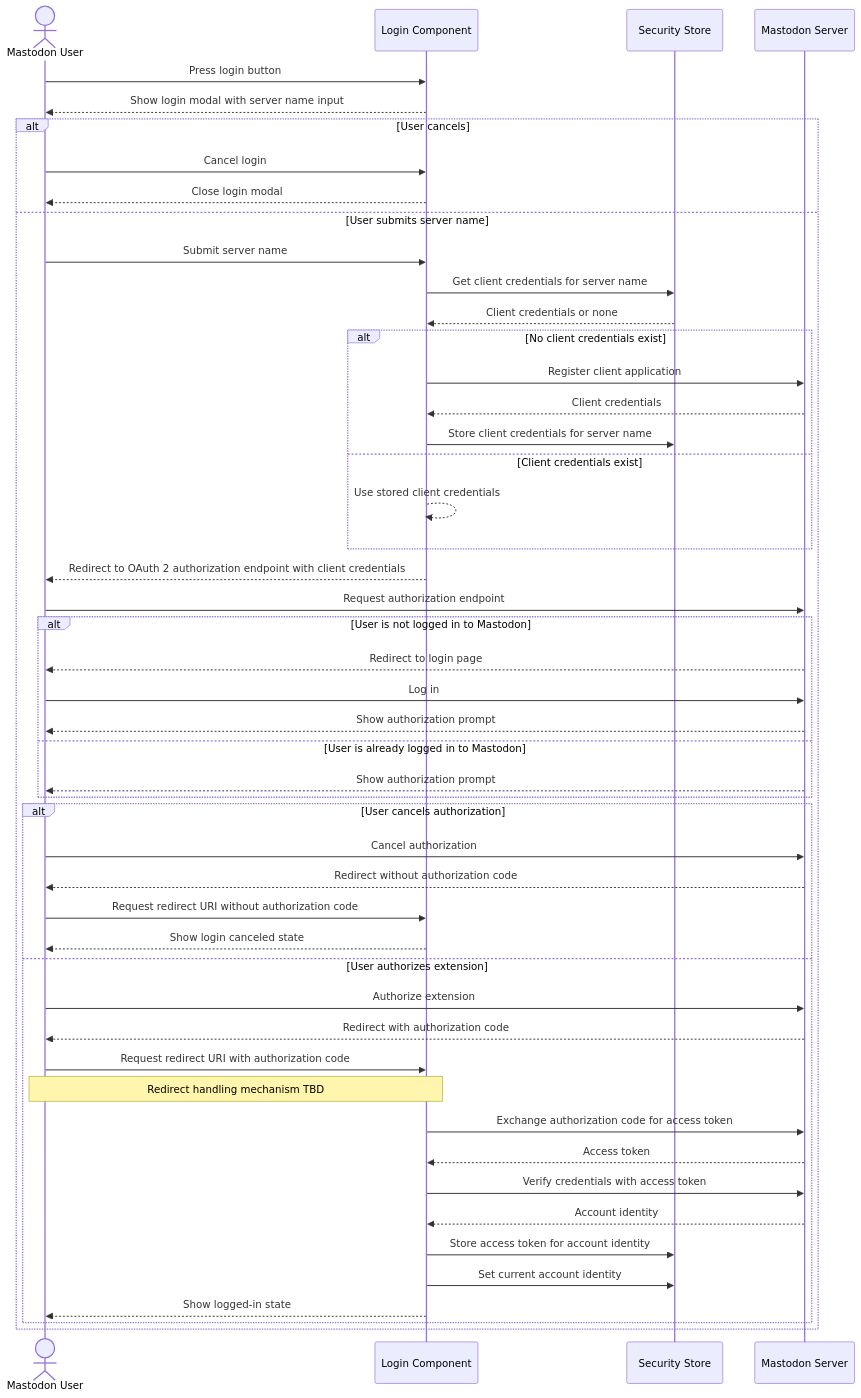
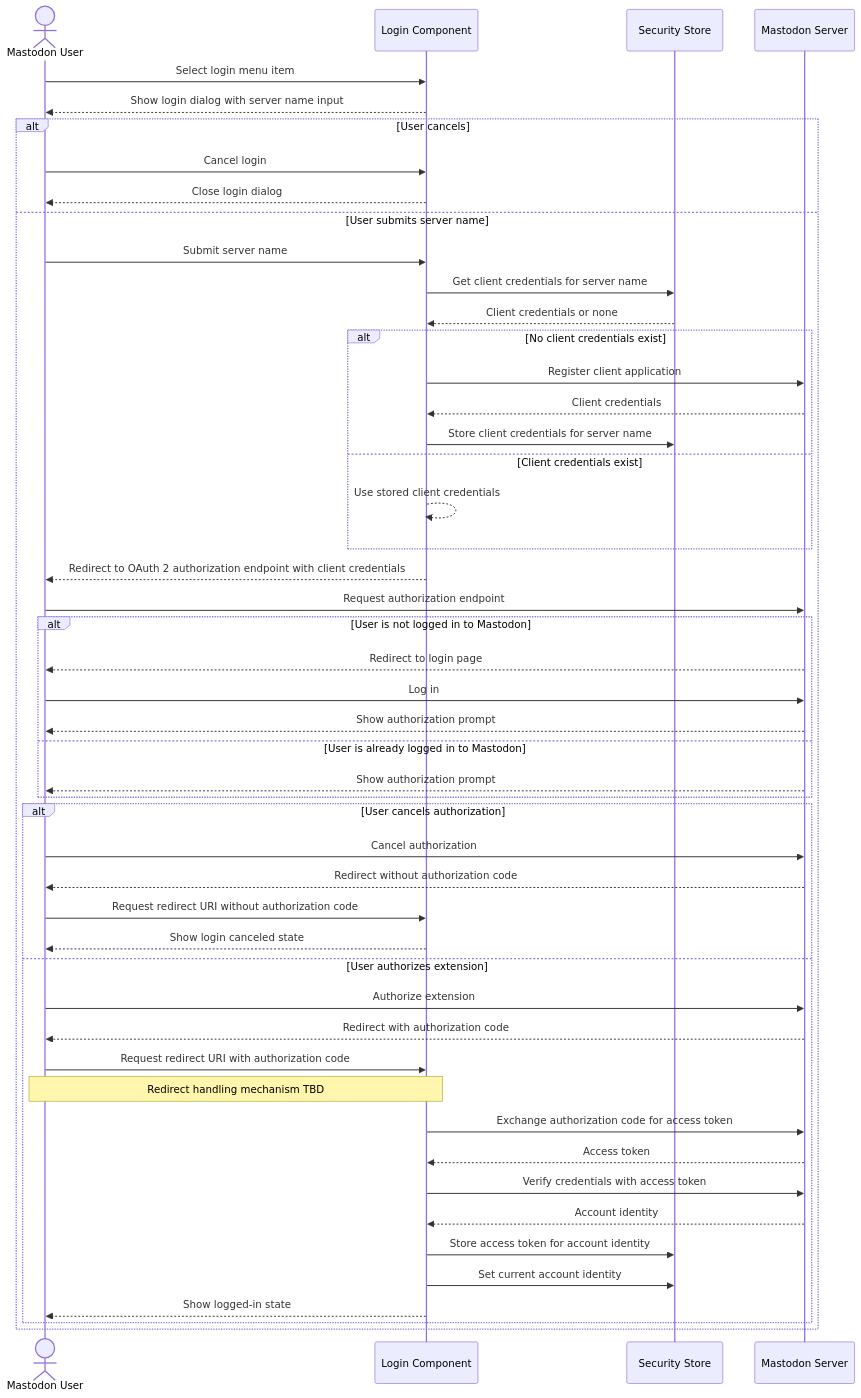
Before and after one commit to social-web-foundation/activitypub-browser-extension: the first of 6 diagrams in docs/architecture/process.md, drawn with Mermaid. The commit also changed other lines of this file and 2 other files, not shown here.

Commit message:
doc: deployment diagram for physical view

````diff
--- a/docs/architecture/process.md
+++ b/docs/architecture/process.md
@@ -5,57 +5,57 @@
 ```mermaid
 sequenceDiagram
     actor User as Mastodon User
     participant Login as Login Component
     participant Security as Security Store
     participant Mastodon as Mastodon Server
 
-    User->>Login: Press login button
-    Login-->>User: Show login modal with server name input
+    User->>Login: Select login menu item
+    Login-->>User: Show login dialog with server name input
 
     alt User cancels
         User->>Login: Cancel login
-        Login-->>User: Close login modal
+        Login-->>User: Close login dialog
     else User submits server name
         User->>Login: Submit server name
         Login->>Security: Get client credentials for server name
         Security-->>Login: Client credentials or none
 
         alt No client credentials exist
             Login->>Mastodon: Register client application
             Mastodon-->>Login: Client credentials
             Login->>Security: Store client credentials for server name
         else Client credentials exist
             Login-->>Login: Use stored client credentials
         end
 
         Login-->>User: Redirect to OAuth 2 authorization endpoint with client credentials
         User->>Mastodon: Request authorization endpoint
 
         alt User is not logged in to Mastodon
             Mastodon-->>User: Redirect to login page
             User->>Mastodon: Log in
             Mastodon-->>User: Show authorization prompt
         else User is already logged in to Mastodon
             Mastodon-->>User: Show authorization prompt
         end
 
         alt User cancels authorization
             User->>Mastodon: Cancel authorization
             Mastodon-->>User: Redirect without authorization code
             User->>Login: Request redirect URI without authorization code
             Login-->>User: Show login canceled state
         else User authorizes extension
             User->>Mastodon: Authorize extension
             Mastodon-->>User: Redirect with authorization code
             User->>Login: Request redirect URI with authorization code
             Note over User,Login: Redirect handling mechanism TBD
             Login->>Mastodon: Exchange authorization code for access token
             Mastodon-->>Login: Access token
             Login->>Mastodon: Verify credentials with access token
             Mastodon-->>Login: Account identity
             Login->>Security: Store access token for account identity
             Login->>Security: Set current account identity
             Login-->>User: Show logged-in state
         end
     end
 ```
````
